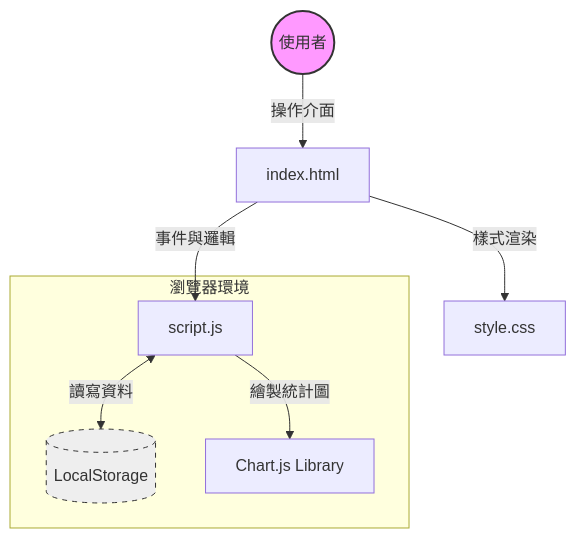
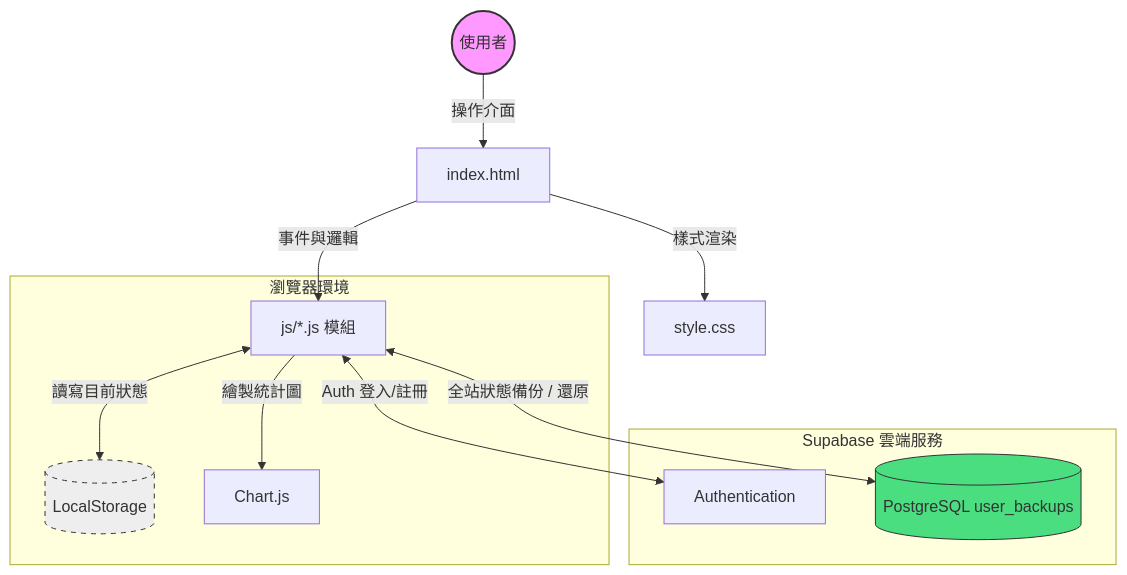
One commit to c14712369/SubItemManager changed the first of 2 diagrams in system_documentation.md. Above: the diagram before and after it, drawn with Mermaid. The commit also changed other lines of this file and 11 other files, not shown here.

````diff
--- a/system_documentation.md
+++ b/system_documentation.md
@@ -9,14 +9,20 @@
 ```mermaid
 graph TD
     User((使用者)) -->|操作介面| HTML[index.html]
     HTML -->|樣式渲染| CSS[style.css]
-    HTML -->|事件與邏輯| JS[script.js]
+    HTML -->|事件與邏輯| JS[js/*.js 模組]
     
     subgraph Browser [瀏覽器環境]
-        JS <-->|讀寫資料| LS[(LocalStorage)]
-        JS -->|繪製統計圖| ChartJS[Chart.js Library]
+        JS <-->|讀寫目前狀態| LS[(LocalStorage)]
+        JS -->|繪製統計圖| ChartJS[Chart.js]
+    end
+    
+    subgraph Cloud [Supabase 雲端服務]
+        JS <-->|Auth 登入/註冊| SupabaseAuth[Authentication]
+        JS <-->|全站狀態備份 / 還原| SupabaseDB[(PostgreSQL user_backups)]
     end
 
     style User fill:#f9f,stroke:#333,stroke-width:2px
     style LS fill:#eee,stroke:#333,stroke-dasharray: 5 5
+    style SupabaseDB fill:#4ade80,stroke:#333
 ```
````
